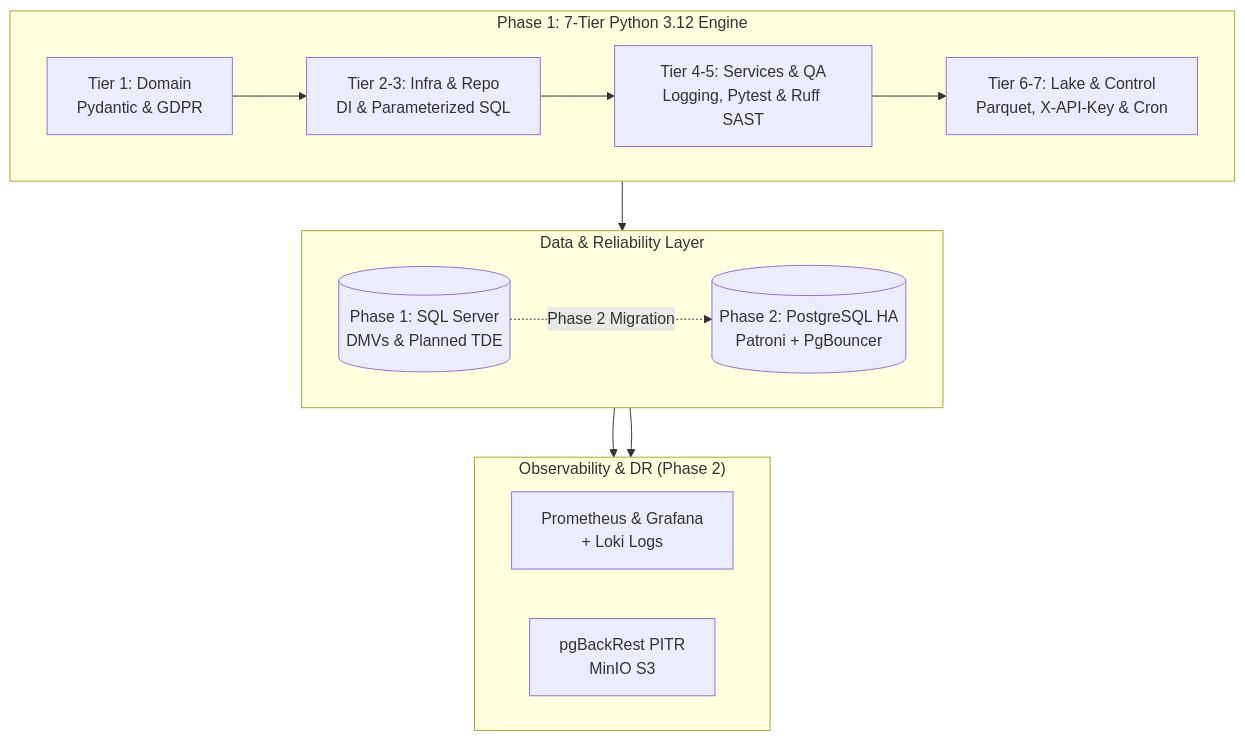
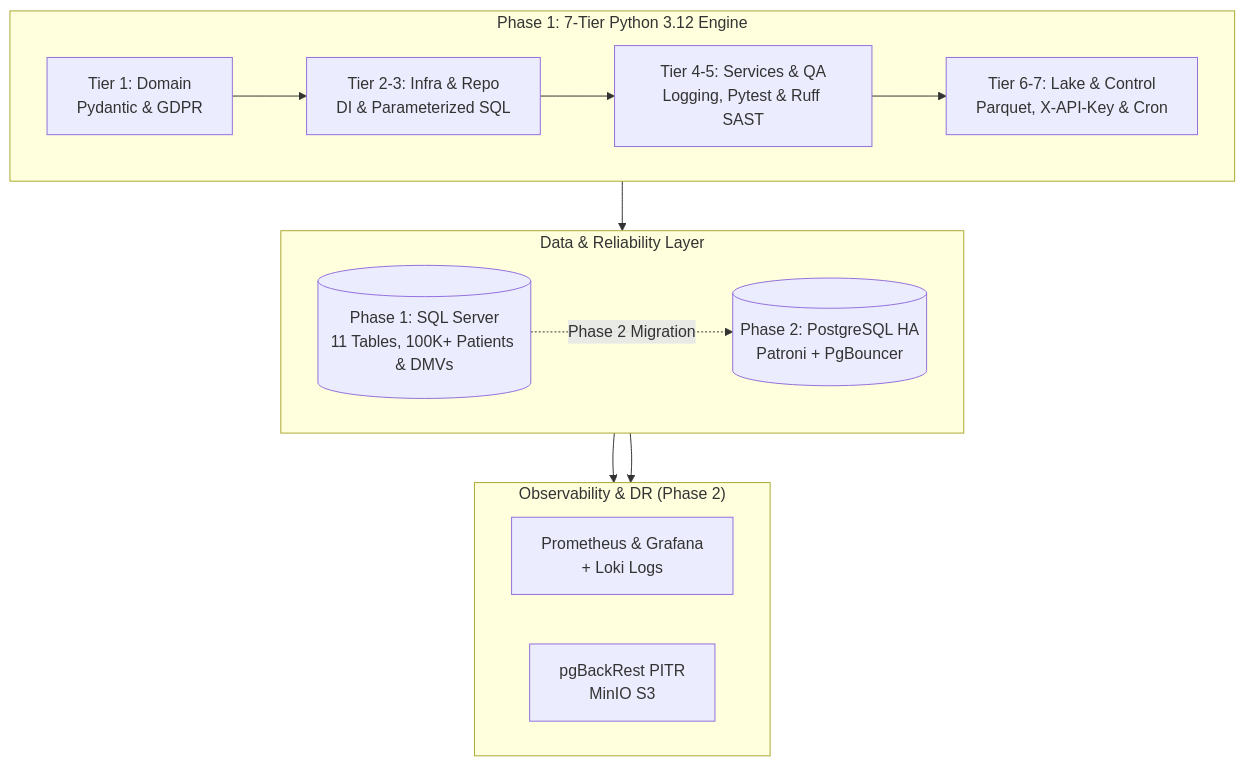
The diagram in README.md (Murtada10/ClinicEnterprise-DevSecOps), drawn with Mermaid before and after one commit. The commit also changed other lines of this file, not shown here.

First line of the commit message:
Revise README for project status and schema details

````diff
--- a/README.md
+++ b/README.md
@@ -21,28 +21,28 @@
 ```mermaid
 flowchart TD
     subgraph App ["Phase 1: 7-Tier Python 3.12 Engine"]
         direction LR
         T1["Tier 1: Domain<br/>Pydantic & GDPR"]
         T2["Tier 2-3: Infra & Repo<br/>DI & Parameterized SQL"]
         T3["Tier 4-5: Services & QA<br/>Logging, Pytest & Ruff SAST"]
         T4["Tier 6-7: Lake & Control<br/>Parquet, X-API-Key & Cron"]
         T1 --> T2 --> T3 --> T4
     end
 
     subgraph DB ["Data & Reliability Layer"]
         direction LR
-        SQL[("Phase 1: SQL Server<br/>DMVs & Planned TDE")]
+        SQL[("Phase 1: SQL Server<br/>11 Tables, 100K+ Patients & DMVs")]
         PG[("Phase 2: PostgreSQL HA<br/>Patroni + PgBouncer")]
     end
 
     subgraph Ops ["Observability & DR (Phase 2)"]
         direction LR
         MON["Prometheus & Grafana<br/>+ Loki Logs"]
         DR["pgBackRest PITR<br/>MinIO S3"]
     end
 
     T2 --> SQL
     SQL -.->|Phase 2 Migration| PG
     PG --> MON
     PG --> DR
 ```
````
